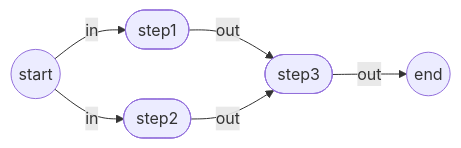
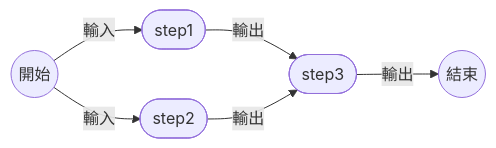
One commit to youngjunning/mastra.youngjunning.com changed the second of 7 diagrams in i18n/zh-HK/docusaurus-plugin-content-docs/current/workflows/control-flow.mdx. Above: the diagram before and after it, drawn with Mermaid. The commit also changed other lines of this file and 3073 other files, not shown here.

````diff
--- a/i18n/zh-HK/docusaurus-plugin-content-docs/current/workflows/control-flow.mdx
+++ b/i18n/zh-HK/docusaurus-plugin-content-docs/current/workflows/control-flow.mdx
@@ -75,12 +75,12 @@
 ```mermaid
 flowchart LR
-  accTitle: Running workflow steps in parallel
-  accDescr: The workflow runs step1 and step2 in parallel. Their outputs join at step3 before the workflow completes.
-  start(( start )) -- in --> step1([step1])
-  start -- in --> step2([step2])
-  step1 -- out --> step3([step3])
-  step2 -- out --> step3
-  step3 -- out --> stop(( end ))
+  accTitle: 並行執行 Workflow 步驟
+  accDescr: Workflow 並行執行 step1 和 step2；兩者的輸出在 step3 匯合，之後完成執行。
+  start(( 開始 )) -- 輸入 --> step1([step1])
+  start -- 輸入 --> step2([step2])
+  step1 -- 輸出 --> step3([step3])
+  step2 -- 輸出 --> step3
+  step3 -- 輸出 --> stop(( 結束 ))
 
   class stop accent
 ```
````
